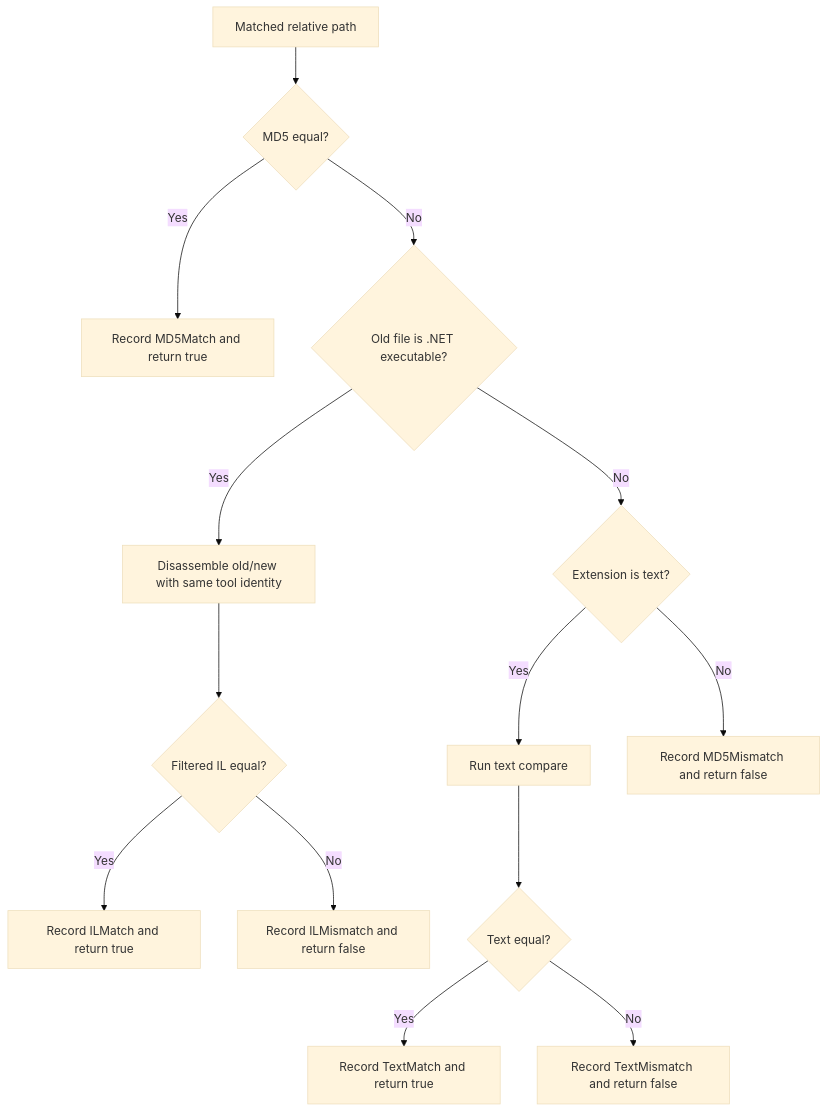
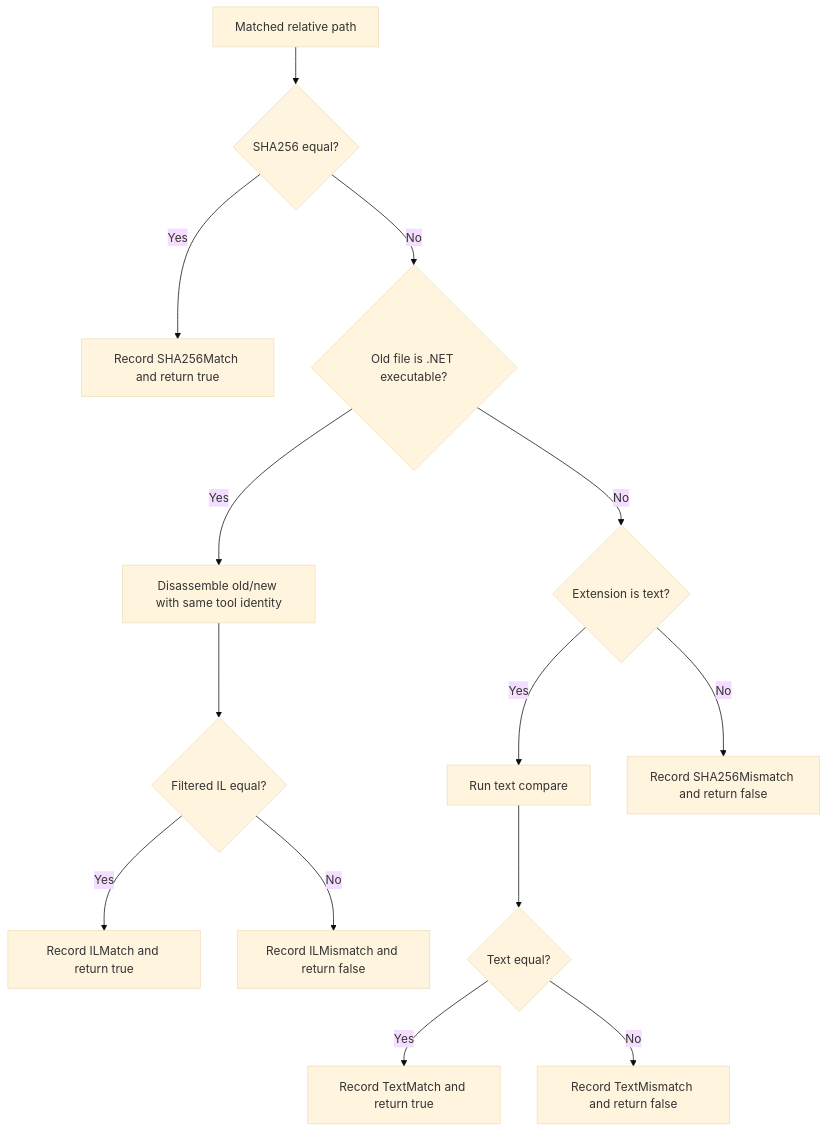
One commit to Widthdom/FolderDiffIL4DotNet changed the fourth of 10 diagrams in doc/DEVELOPER_GUIDE.md. Above: the diagram before and after it, drawn with Mermaid (base theme). The commit also changed other lines of this file and 30 other files, not shown here.

````diff
--- a/doc/DEVELOPER_GUIDE.md
+++ b/doc/DEVELOPER_GUIDE.md
@@ -333,16 +333,16 @@
 ```mermaid
 flowchart TD
-    A["Matched relative path"] --> B{"MD5 equal?"}
-    B -- "Yes" --> C["Record MD5Match and return true"]
+    A["Matched relative path"] --> B{"SHA256 equal?"}
+    B -- "Yes" --> C["Record SHA256Match and return true"]
     B -- "No" --> D{"Old file is .NET executable?"}
     D -- "Yes" --> E["Disassemble old/new with same tool identity"]
     E --> F{"Filtered IL equal?"}
     F -- "Yes" --> G["Record ILMatch and return true"]
     F -- "No" --> H["Record ILMismatch and return false"]
     D -- "No" --> I{"Extension is text?"}
     I -- "Yes" --> J["Run text compare"]
     J --> K{"Text equal?"}
     K -- "Yes" --> L["Record TextMatch and return true"]
     K -- "No" --> M["Record TextMismatch and return false"]
-    I -- "No" --> N["Record MD5Mismatch and return false"]
+    I -- "No" --> N["Record SHA256Mismatch and return false"]
 ```
````
